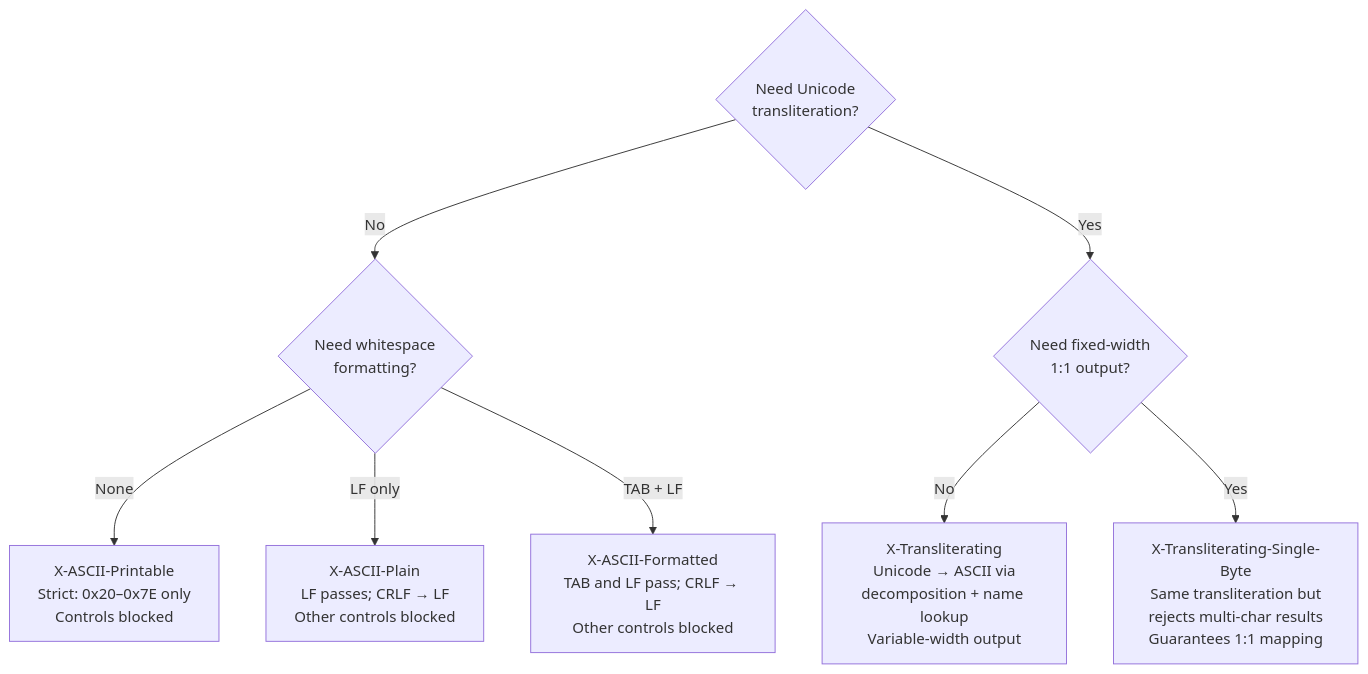
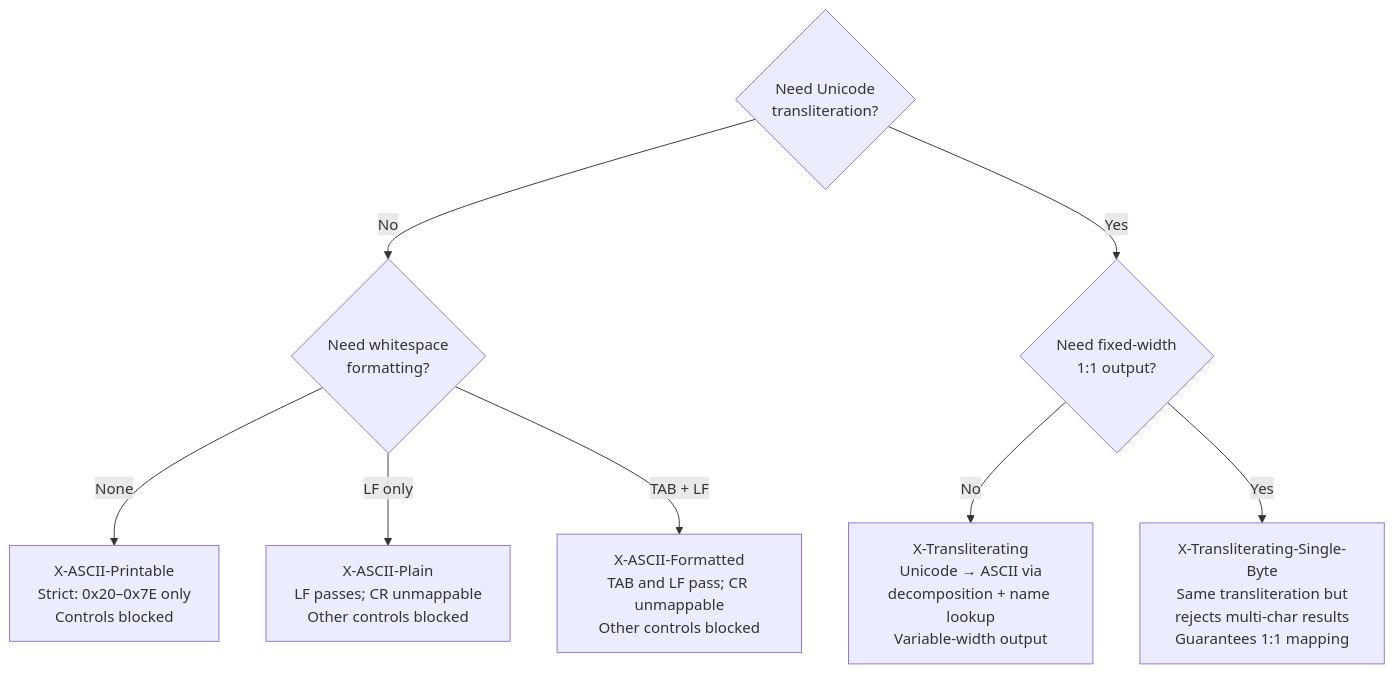
Before and after one commit to bhanafee/ASCIISafeCharsets: the first of 3 diagrams in README.md, drawn with Mermaid. The commit also changed other lines of this file and 6 other files, not shown here.

````diff
--- a/README.md
+++ b/README.md
@@ -77,11 +78,11 @@
 ```mermaid
 flowchart TD
     Q1{"Need Unicode\ntransliteration?"}
     Q1 -->|No| Q2{"Need whitespace\nformatting?"}
     Q1 -->|Yes| Q3{"Need fixed-width\n1:1 output?"}
     Q2 -->|None| AP["X-ASCII-Printable\nStrict: 0x20–0x7E only\nControls blocked"]
-    Q2 -->|LF only| APL["X-ASCII-Plain\nLF passes; CRLF → LF\nOther controls blocked"]
-    Q2 -->|TAB + LF| AF["X-ASCII-Formatted\nTAB and LF pass; CRLF → LF\nOther controls blocked"]
+    Q2 -->|LF only| APL["X-ASCII-Plain\nLF passes; CR unmappable\nOther controls blocked"]
+    Q2 -->|TAB + LF| AF["X-ASCII-Formatted\nTAB and LF pass; CR unmappable\nOther controls blocked"]
     Q3 -->|No| XT["X-Transliterating\nUnicode → ASCII via\ndecomposition + name lookup\nVariable-width output"]
     Q3 -->|Yes| XTSB["X-Transliterating-Single-Byte\nSame transliteration but\nrejects multi-char results\nGuarantees 1:1 mapping"]
 ```
````
